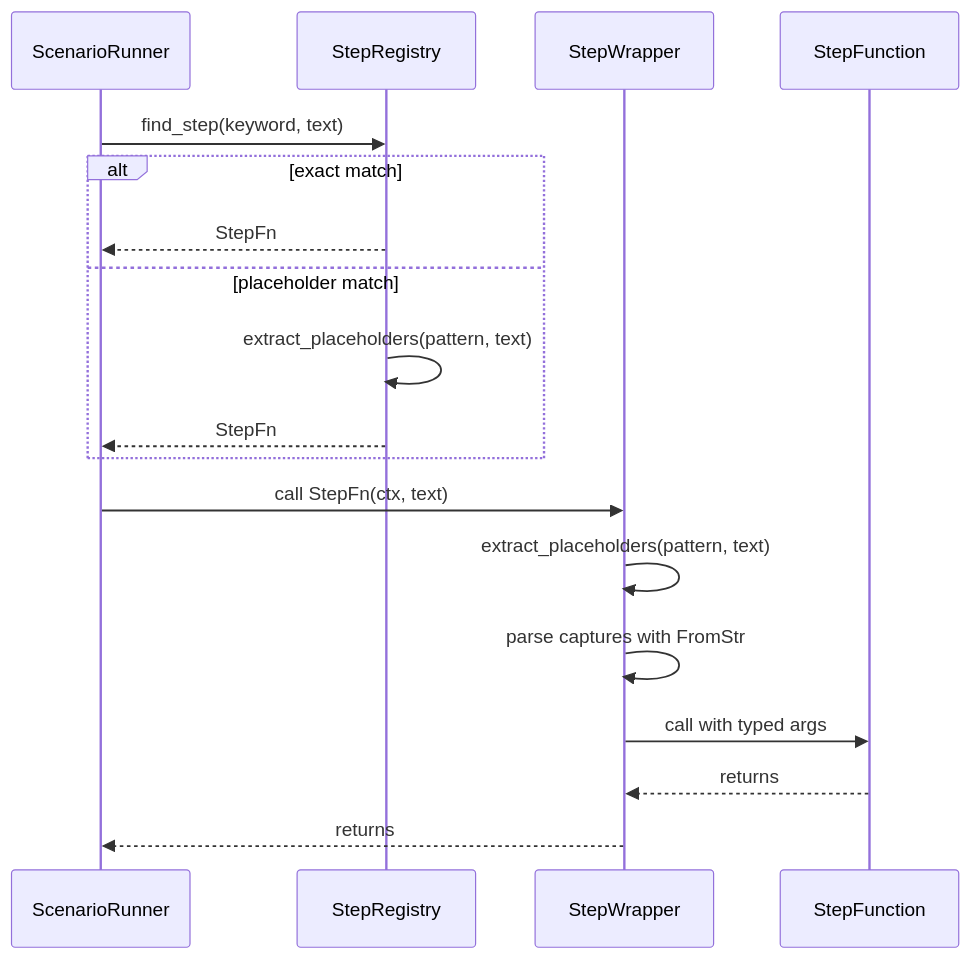
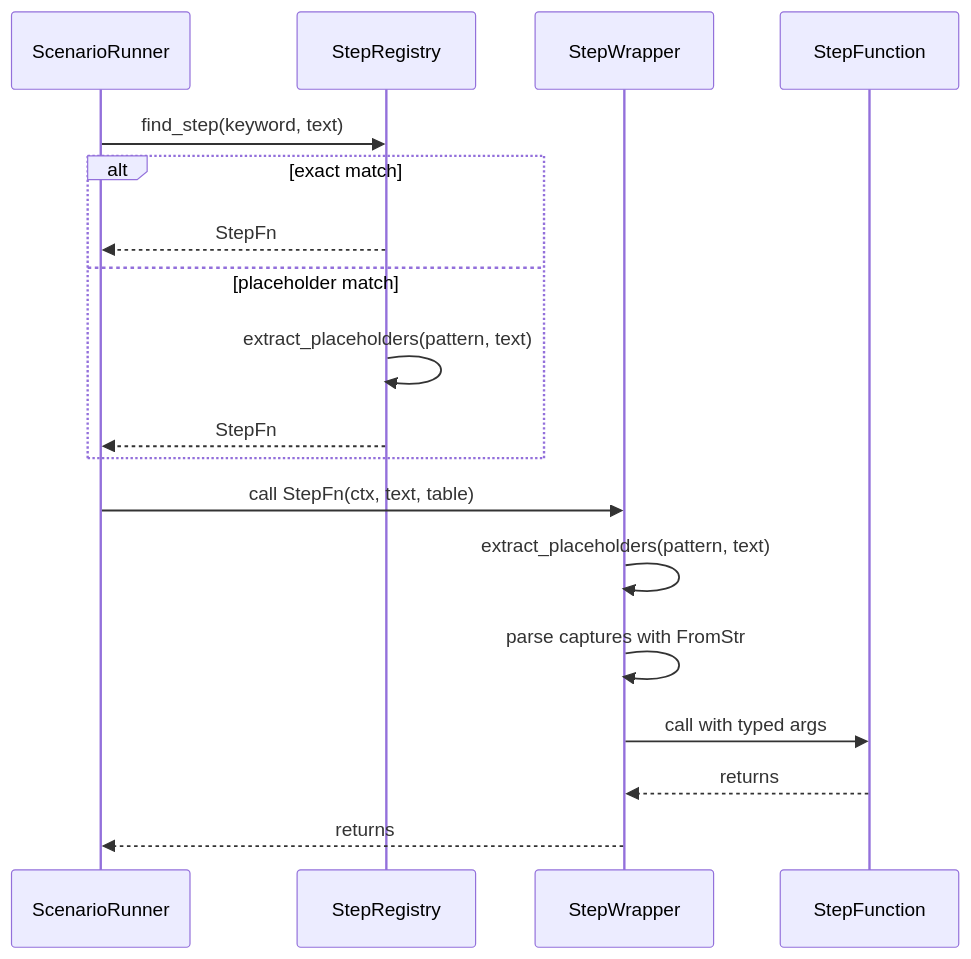
Before and after one commit to leynos/rstest-bdd: the fourth of 4 diagrams in docs/rstest-bdd-design.md, drawn with Mermaid. The commit also changed other lines of this file and 11 other files, not shown here.

````diff
--- a/docs/rstest-bdd-design.md
+++ b/docs/rstest-bdd-design.md
@@ -897,21 +905,21 @@
 ```mermaid
 sequenceDiagram
     participant ScenarioRunner
     participant StepRegistry
     participant StepWrapper
     participant StepFunction
 
     ScenarioRunner->>StepRegistry: find_step(keyword, text)
     alt exact match
         StepRegistry-->>ScenarioRunner: StepFn
     else placeholder match
         StepRegistry->>StepRegistry: extract_placeholders(pattern, text)
         StepRegistry-->>ScenarioRunner: StepFn
     end
-    ScenarioRunner->>StepWrapper: call StepFn(ctx, text)
+    ScenarioRunner->>StepWrapper: call StepFn(ctx, text, table)
     StepWrapper->>StepWrapper: extract_placeholders(pattern, text)
     StepWrapper->>StepWrapper: parse captures with FromStr
     StepWrapper->>StepFunction: call with typed args
     StepFunction-->>StepWrapper: returns
     StepWrapper-->>ScenarioRunner: returns
 ```
````
